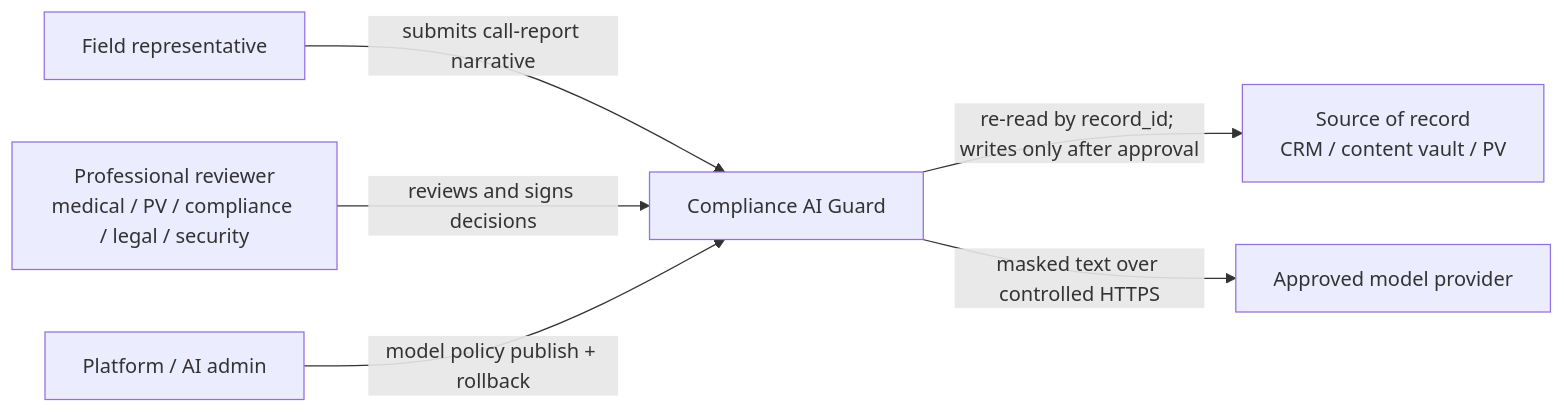
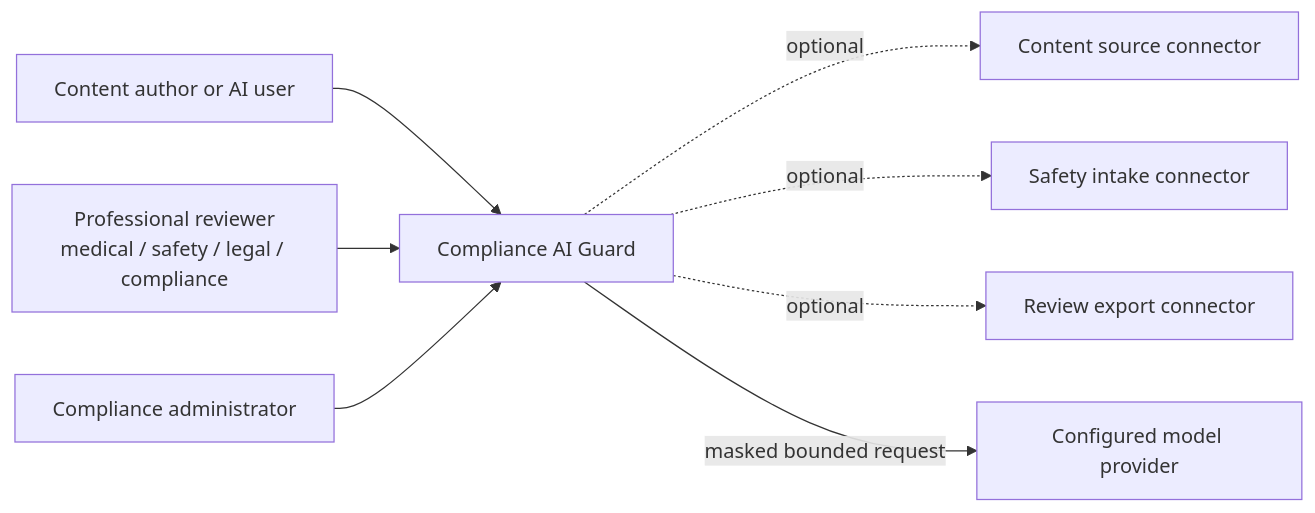
The first of 5 diagrams in docs/architecture.md (Minus77/Compliance-AI-Guard), drawn with Mermaid before and after one commit. The commit also changed other lines of this file and 13 other files, not shown here.

Commit message:
docs: document standalone medical AI compliance gateway

````diff
--- a/docs/architecture.md
+++ b/docs/architecture.md
@@ -30,8 +43,10 @@
 ```mermaid
 graph LR
-    REP["Field representative"] -->|submits call-report narrative| GUARD["Compliance AI Guard"]
-    REV["Professional reviewer<br/>medical / PV / compliance / legal / security"] -->|reviews and signs decisions| GUARD
-    ADM["Platform / AI admin"] -->|model policy publish + rollback| GUARD
-    GUARD -->|re-read by record_id; writes only after approval| SRC["Source of record<br/>CRM / content vault / PV"]
-    GUARD -->|masked text over controlled HTTPS| PROVIDER["Approved model provider"]
+    AUTHOR["Content author or AI user"] --> GUARD["Compliance AI Guard"]
+    REV["Professional reviewer<br/>medical / safety / legal / compliance"] --> GUARD
+    ADM["Compliance administrator"] --> GUARD
+    GUARD -. optional .-> SRC["Content source connector"]
+    GUARD -. optional .-> SAFE["Safety intake connector"]
+    GUARD -. optional .-> EXPORT["Review export connector"]
+    GUARD -->|masked bounded request| MODEL["Configured model provider"]
 ```
````
